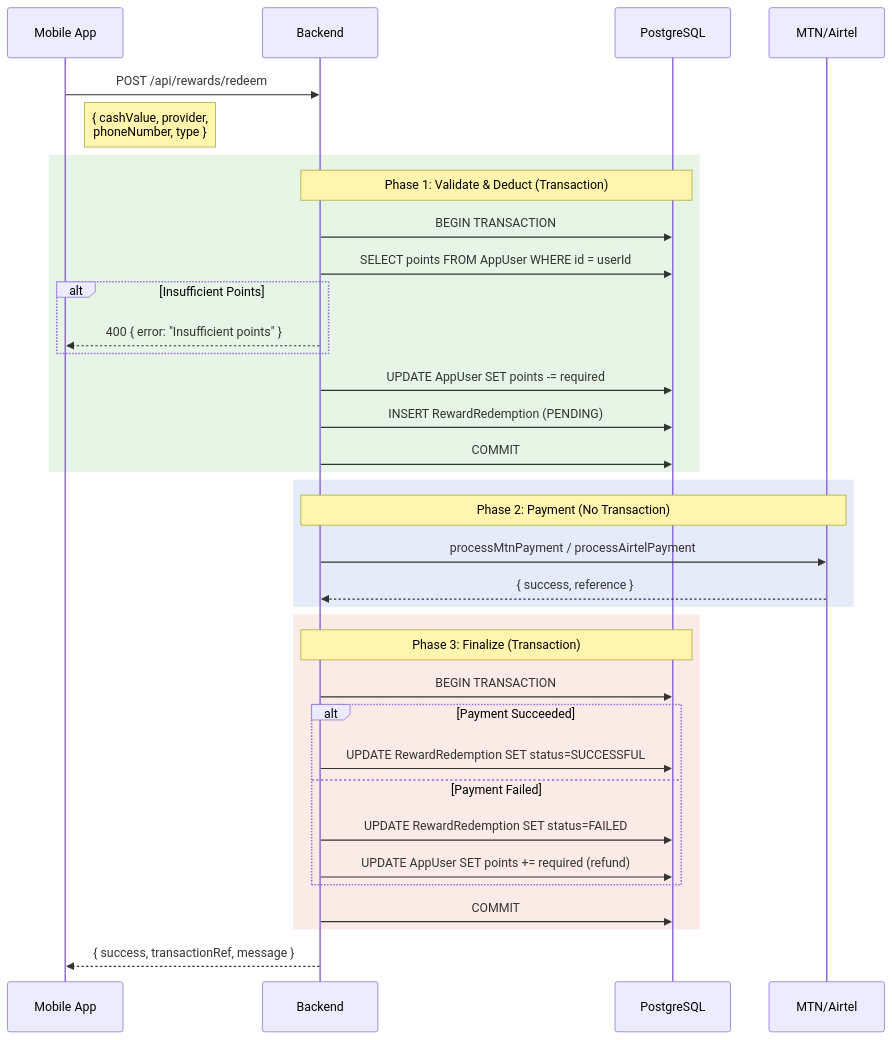
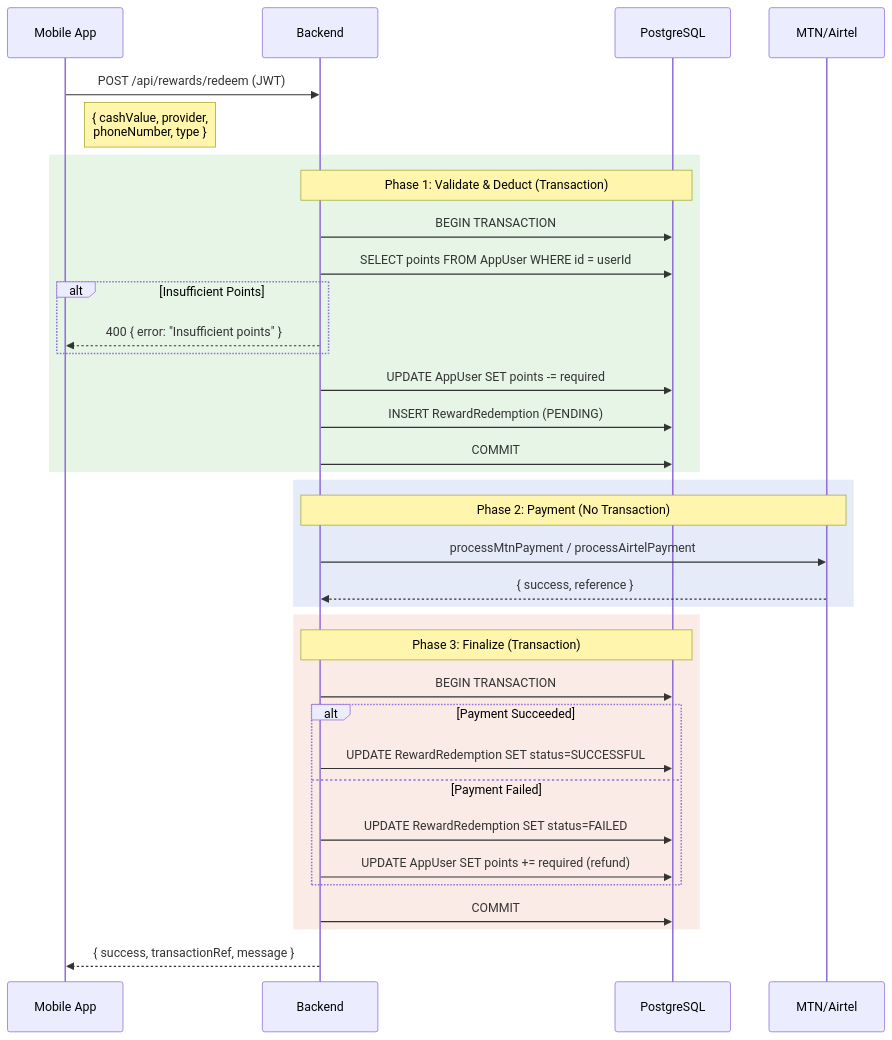
The third of 3 diagrams in docs/backend/payments.md (mpairwe7/delipucash_latest), drawn with Mermaid before and after one commit. The commit also changed other lines of this file and 23 other files, not shown here.

Commit message:
streamlined  payment flow in backend and added documentation

````diff
--- a/docs/backend/payments.md
+++ b/docs/backend/payments.md
@@ -86,42 +224,42 @@
 ```mermaid
 sequenceDiagram
     participant App as Mobile App
     participant API as Backend
     participant DB as PostgreSQL
     participant Pay as MTN/Airtel
 
-    App->>API: POST /api/rewards/redeem
+    App->>API: POST /api/rewards/redeem (JWT)
     Note right of App: { cashValue, provider,<br/>phoneNumber, type }
 
     rect rgb(230, 245, 230)
         Note over API,DB: Phase 1: Validate & Deduct (Transaction)
         API->>DB: BEGIN TRANSACTION
         API->>DB: SELECT points FROM AppUser WHERE id = userId
         alt Insufficient Points
             API-->>App: 400 { error: "Insufficient points" }
         end
         API->>DB: UPDATE AppUser SET points -= required
         API->>DB: INSERT RewardRedemption (PENDING)
         API->>DB: COMMIT
     end
 
     rect rgb(230, 235, 250)
         Note over API,Pay: Phase 2: Payment (No Transaction)
         API->>Pay: processMtnPayment / processAirtelPayment
         Pay-->>API: { success, reference }
     end
 
     rect rgb(250, 235, 230)
         Note over API,DB: Phase 3: Finalize (Transaction)
         API->>DB: BEGIN TRANSACTION
         alt Payment Succeeded
             API->>DB: UPDATE RewardRedemption SET status=SUCCESSFUL
         else Payment Failed
             API->>DB: UPDATE RewardRedemption SET status=FAILED
             API->>DB: UPDATE AppUser SET points += required (refund)
         end
         API->>DB: COMMIT
     end
 
     API-->>App: { success, transactionRef, message }
 ```
````
